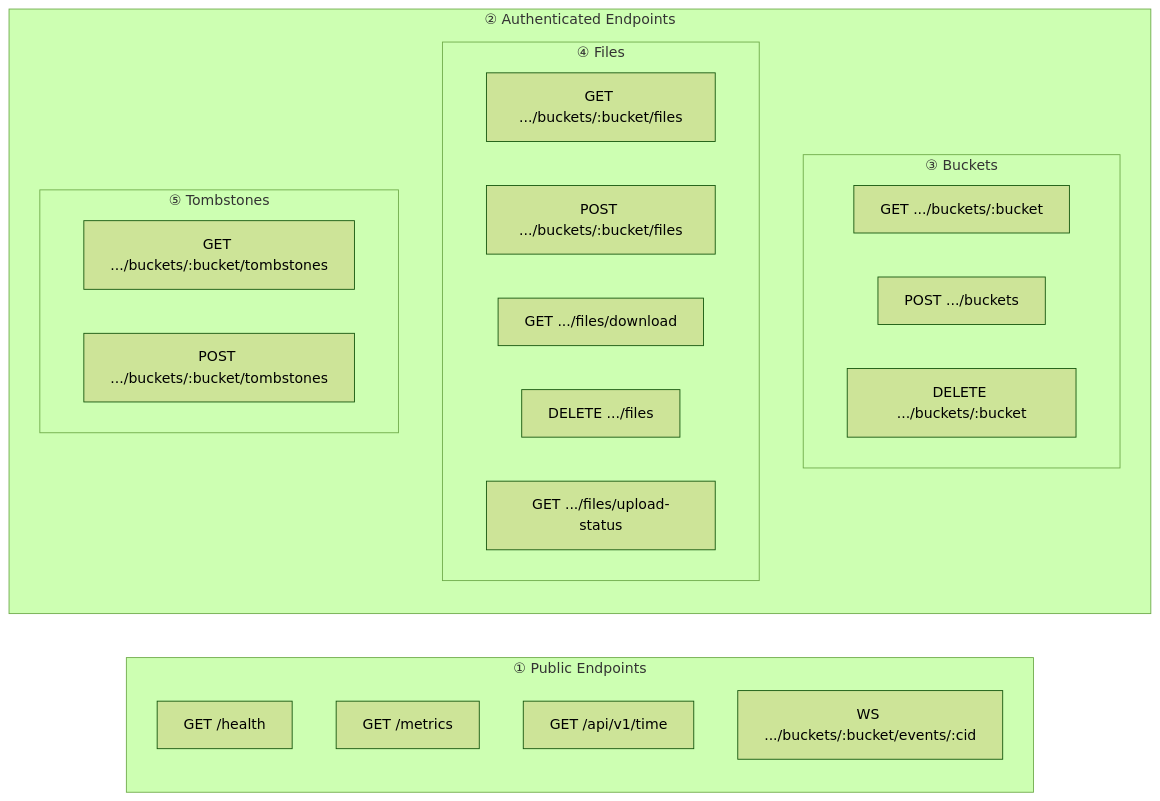
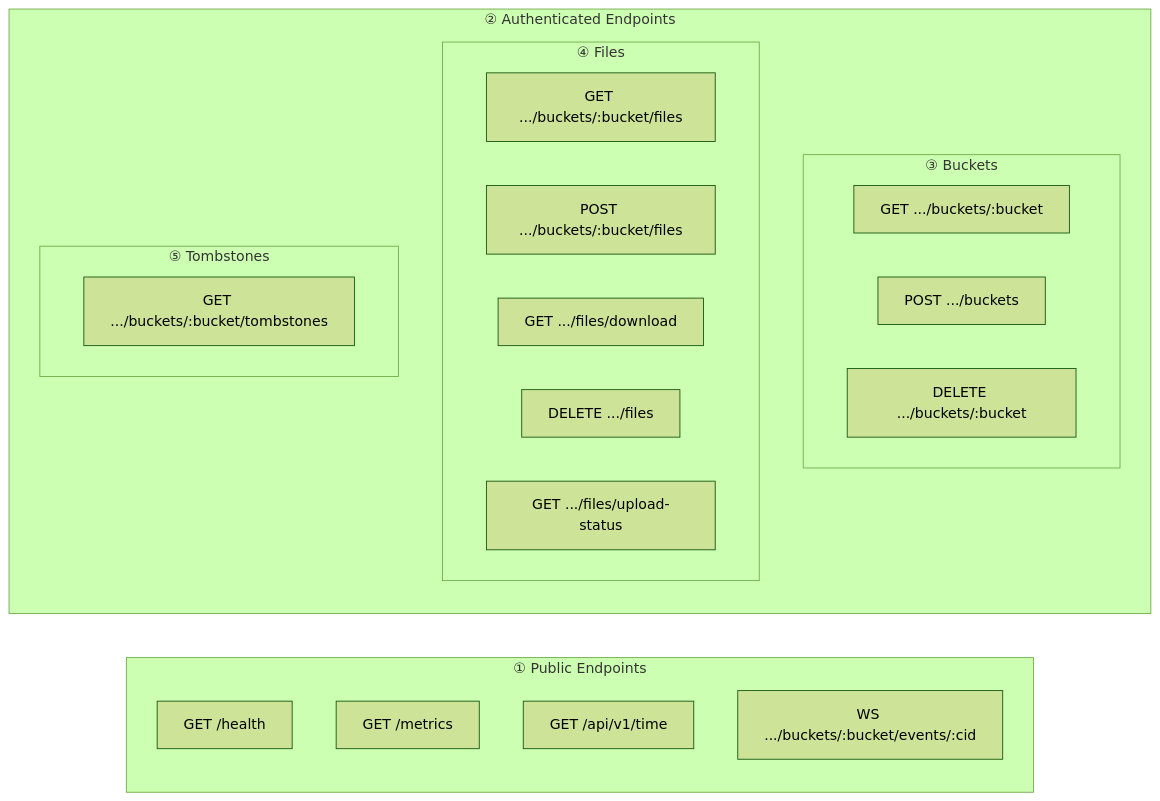
One commit to albertsdk/hsync-server changed the first of 2 diagrams in docs/api.md. Above: the diagram before and after it, drawn with Mermaid (forest theme). The commit also changed other lines of this file and 2 other files, not shown here.

````diff
--- a/docs/api.md
+++ b/docs/api.md
@@ -7,30 +7,29 @@
 ```mermaid
 graph LR
     subgraph Public["① Public Endpoints"]
         H["GET /health"]
         M["GET /metrics"]
         T["GET /api/v1/time"]
         WS["WS .../buckets/:bucket/events/:cid"]
     end
 
     subgraph Auth["② Authenticated Endpoints"]
         subgraph Buckets["③ Buckets"]
             GB["GET .../buckets/:bucket"]
             CB["POST .../buckets"]
             DB["DELETE .../buckets/:bucket"]
         end
 
         subgraph Files["④ Files"]
             LF["GET .../buckets/:bucket/files"]
             UF["POST .../buckets/:bucket/files"]
             DF["GET .../files/download"]
             RF["DELETE .../files"]
             US["GET .../files/upload-status"]
         end
 
         subgraph Tombstones["⑤ Tombstones"]
             GT["GET .../buckets/:bucket/tombstones"]
-            PT["POST .../buckets/:bucket/tombstones"]
         end
     end
 ```
````
